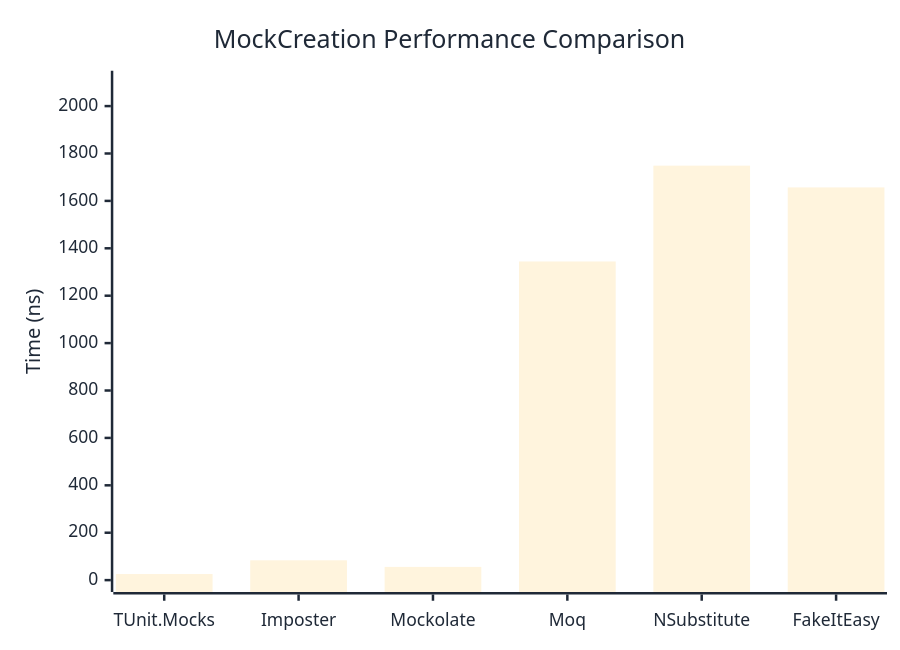
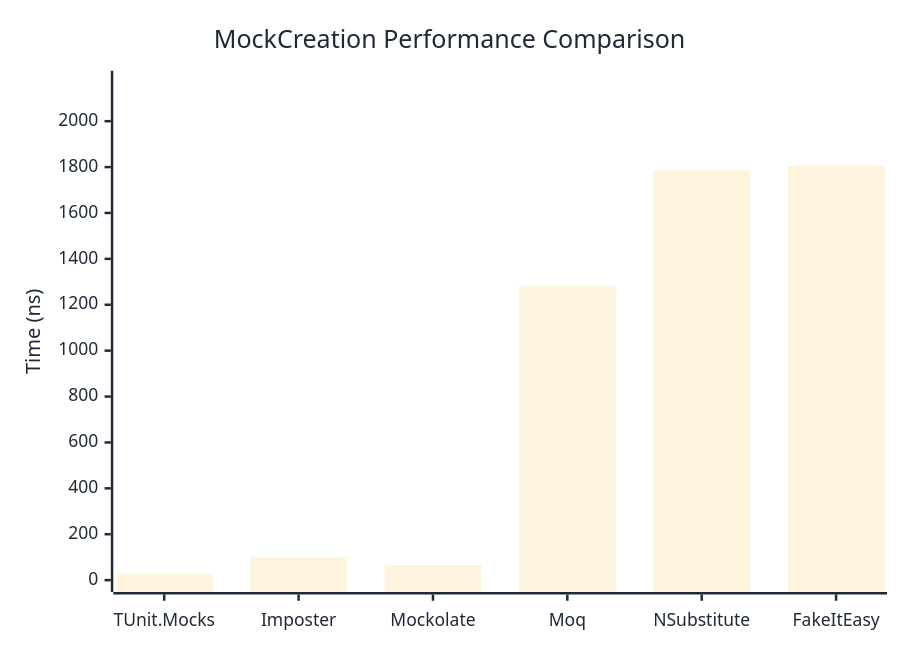
The first of 2 diagrams in docs/docs/benchmarks/mocks/MockCreation.md (thomhurst/TUnit), drawn with Mermaid before and after one commit. The commit also changed other lines of this file and 14 other files, not shown here.

````diff
--- a/docs/docs/benchmarks/mocks/MockCreation.md
+++ b/docs/docs/benchmarks/mocks/MockCreation.md
@@ -30,27 +30,27 @@
 ```mermaid
 %%{init: {
   'theme':'base',
   'themeVariables': {
     'primaryColor': '#2563eb',
     'primaryTextColor': '#1f2937',
     'primaryBorderColor': '#1e40af',
     'lineColor': '#6b7280',
     'secondaryColor': '#7c3aed',
     'tertiaryColor': '#dc2626',
     'background': '#ffffff',
     'pie1': '#2563eb',
     'pie2': '#7c3aed',
     'pie3': '#dc2626',
     'pie4': '#f59e0b',
     'pie5': '#10b981',
     'pie6': '#06b6d4',
     'pie7': '#ec4899',
     'pie8': '#6366f1'
   }
 }}%%
 xychart-beta
   title "MockCreation Performance Comparison"
   x-axis ["TUnit.Mocks", "Imposter", "Mockolate", "Moq", "NSubstitute", "FakeItEasy"]
-  y-axis "Time (ns)" 0 --> 2099
-  bar [25.64, 83.59, 55.74, 1344.45, 1748.68, 1656.91]
+  y-axis "Time (ns)" 0 --> 2168
+  bar [29.99, 101.96, 65.65, 1284.86, 1786.77, 1806.21]
 ```
````
